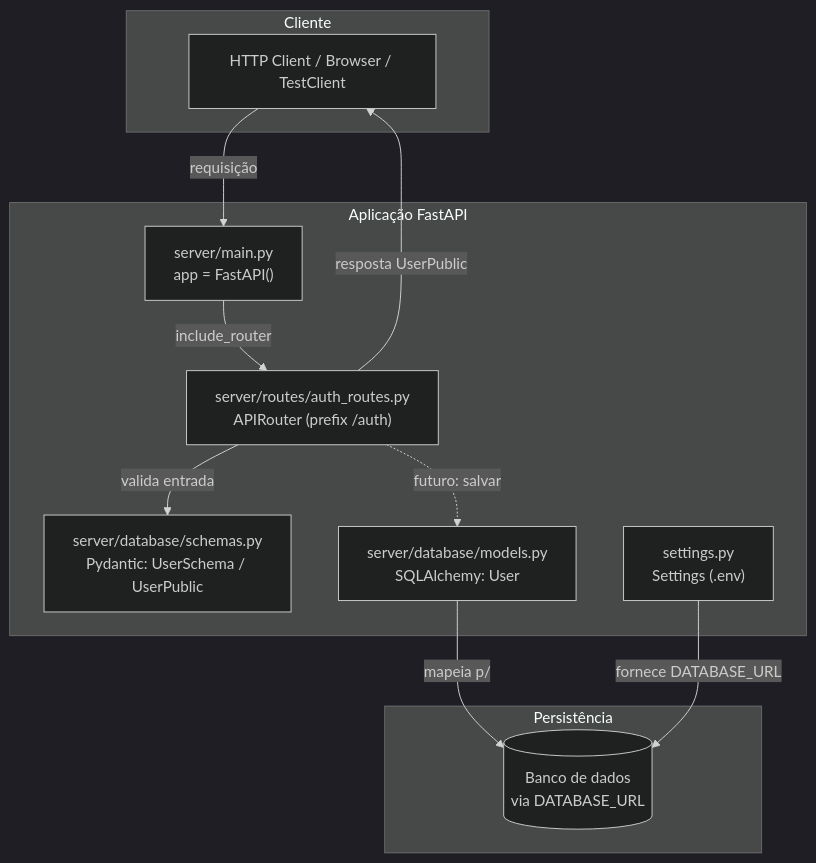
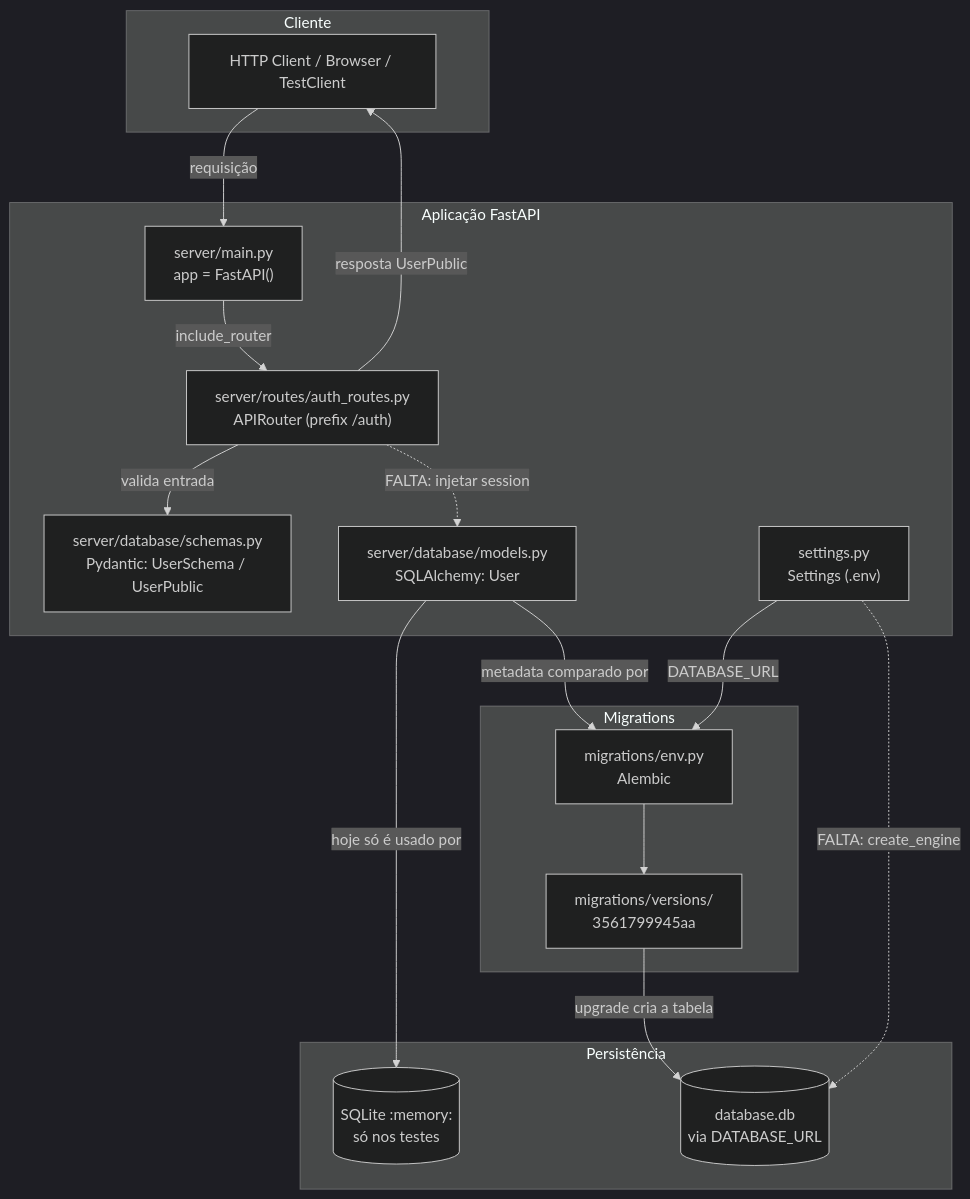
One commit to ViniciosMSantos/backend changed the second of 4 diagrams in docs/resumo-estudos.md. Above: the diagram before and after it, drawn with Mermaid (dark theme). The commit also changed other lines of this file and 25 other files, not shown here.

First line of the commit message:
Adiciona Alembic para migrations e conclui testes do ORM

````diff
--- a/docs/resumo-estudos.md
+++ b/docs/resumo-estudos.md
@@ -34,26 +328,36 @@
 ```mermaid
 graph TD
     subgraph Cliente
         C[HTTP Client / Browser / TestClient]
     end
 
     subgraph "Aplicação FastAPI"
         M["server/main.py<br/>app = FastAPI()"]
         R["server/routes/auth_routes.py<br/>APIRouter (prefix /auth)"]
         S["server/database/schemas.py<br/>Pydantic: UserSchema / UserPublic"]
         MO["server/database/models.py<br/>SQLAlchemy: User"]
         CFG["settings.py<br/>Settings (.env)"]
     end
 
+    subgraph "Migrations"
+        AL["migrations/env.py<br/>Alembic"]
+        VER["migrations/versions/<br/>3561799945aa"]
+    end
+
     subgraph "Persistência"
-        DB[("Banco de dados<br/>via DATABASE_URL")]
+        DB[("database.db<br/>via DATABASE_URL")]
+        TDB[("SQLite :memory:<br/>só nos testes")]
     end
 
     C -->|requisição| M
     M -->|include_router| R
     R -->|valida entrada| S
-    R -.->|futuro: salvar| MO
-    MO -->|mapeia p/| DB
-    CFG -->|fornece DATABASE_URL| DB
     R -->|resposta UserPublic| C
+    R -.->|FALTA: injetar session| MO
+    MO -->|hoje só é usado por| TDB
+    MO -->|metadata comparado por| AL
+    CFG -->|DATABASE_URL| AL
+    AL --> VER
+    VER -->|upgrade cria a tabela| DB
+    CFG -.->|FALTA: create_engine| DB
 ```
````
